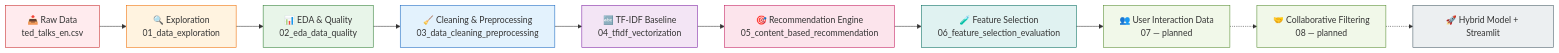
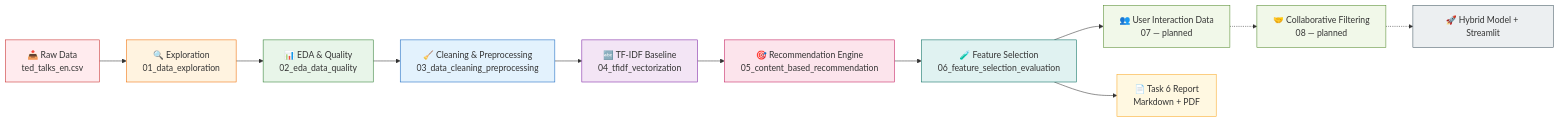
One commit to springboardmentor098/TED-TALK-RECOMMENDATION-SYSTEM changed the diagram in README.md. Above: the diagram before and after it, drawn with Mermaid. The commit also changed other lines of this file and 4 other files, not shown here.

Commit message:
report generation and pdf conversion for task 6

````diff
--- a/README.md
+++ b/README.md
@@ -49,23 +50,25 @@
 ```mermaid
 graph LR
     A[📥 Raw Data<br/>ted_talks_en.csv] --> B[🔍 Exploration<br/>01_data_exploration]
     B --> C[📊 EDA & Quality<br/>02_eda_data_quality]
     C --> D[🧹 Cleaning & Preprocessing<br/>03_data_cleaning_preprocessing]
     D --> E[🔤 TF-IDF Baseline<br/>04_tfidf_vectorization]
     E --> F[🎯 Recommendation Engine<br/>05_content_based_recommendation]
     F --> G[🧪 Feature Selection<br/>06_feature_selection_evaluation]
     G --> H[👥 User Interaction Data<br/>07 — planned]
+    G --> R[📄 Task 6 Report<br/>Markdown + PDF]
     H -.-> I[🤝 Collaborative Filtering<br/>08 — planned]
     I -.-> J[🚀 Hybrid Model + Streamlit]
 
     style A fill:#ffebee,stroke:#c62828
     style B fill:#fff3e0,stroke:#ef6c00
     style C fill:#e8f5e9,stroke:#2e7d32
     style D fill:#e3f2fd,stroke:#1565c0
     style E fill:#f3e5f5,stroke:#7b1fa2
     style F fill:#fce4ec,stroke:#c2185b
     style G fill:#e0f2f1,stroke:#00695c
     style H fill:#f1f8e9,stroke:#558b2f
     style I fill:#f1f8e9,stroke:#558b2f
     style J fill:#eceff1,stroke:#455a64
+    style R fill:#fff8e1,stroke:#f9a825
 ```
````
